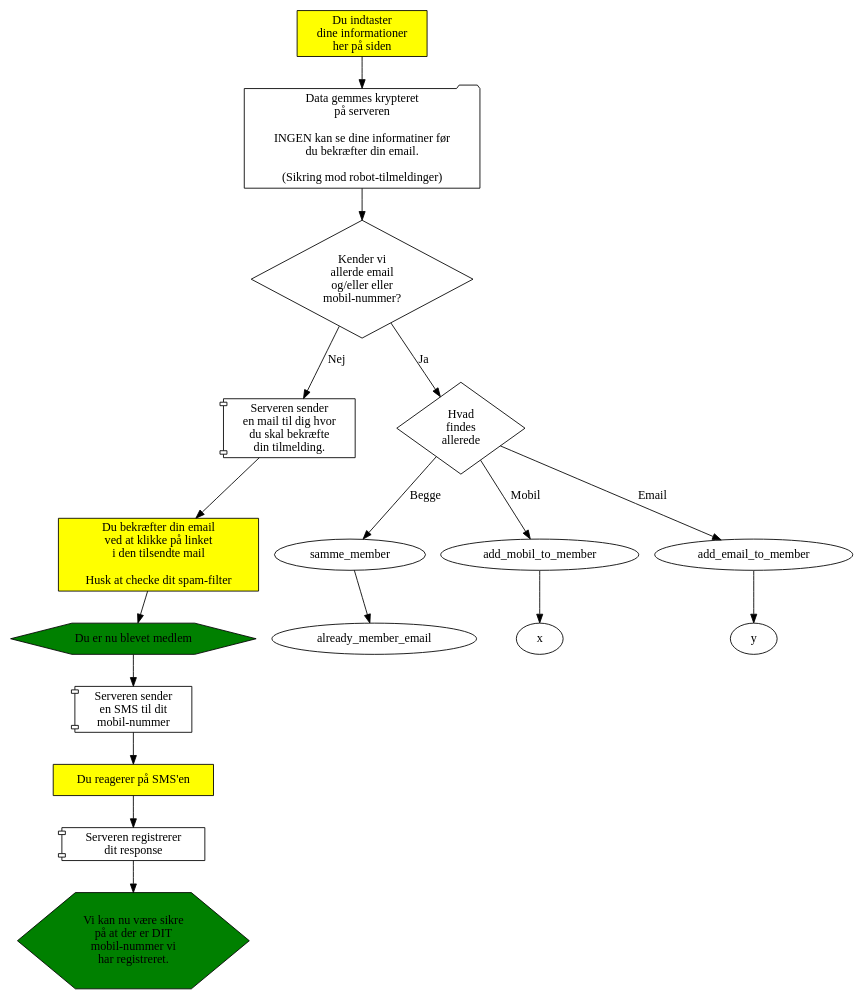
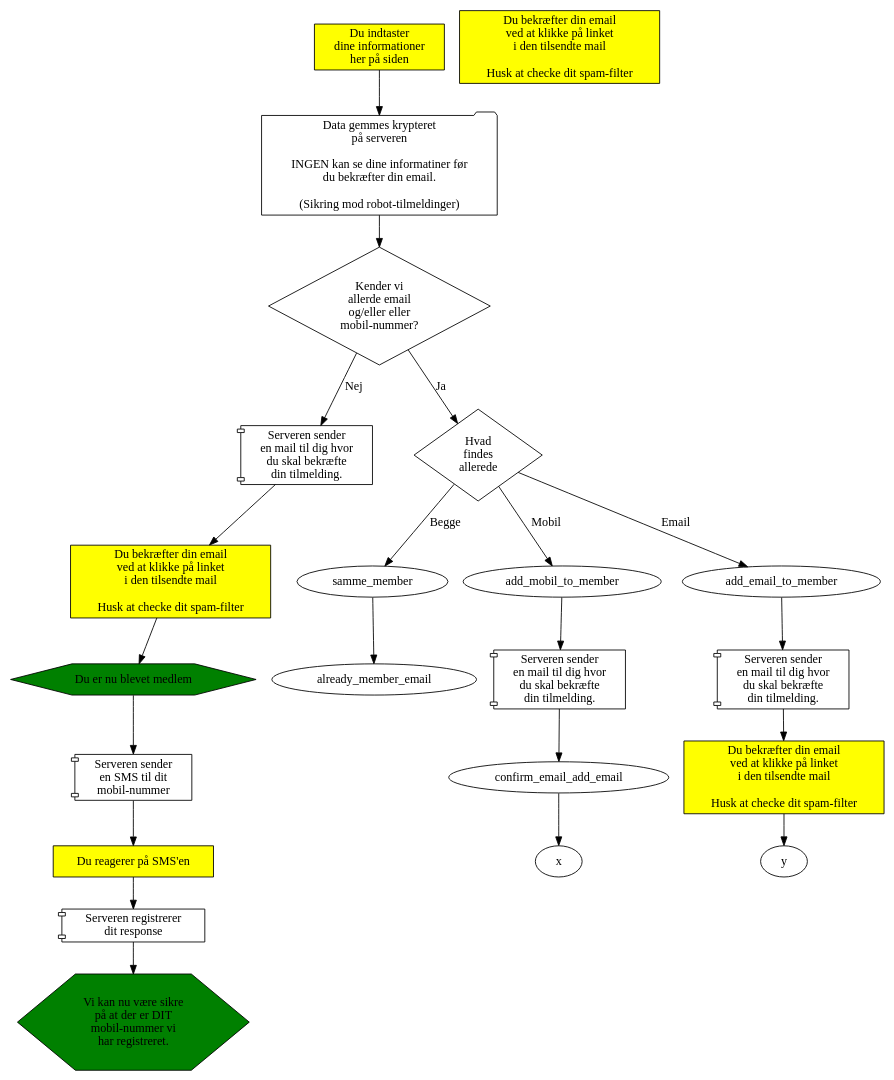
Before and after one commit to alslug/alslug.dk: the diagram in medlemskab/indmeldelse.dot, drawn with Graphviz.

```diff
--- a/medlemskab/indmeldelse.dot
+++ b/medlemskab/indmeldelse.dot
@@ -1,36 +1,46 @@
 digraph indmeldelse {
   { # Dine handlinger
     node [ shape=box style=filled fillcolor=yellow ];
     indtast                [label="Du indtaster\ndine informationer\nher på siden"];
-    confirm_email          [label="Du bekræfter din email\nved at klikke på linket\ni den tilsendte mail\n\nHusk at checke dit spam-filter"];
+    {
+      node          [label="Du bekræfter din email\nved at klikke på linket\ni den tilsendte mail\n\nHusk at checke dit spam-filter"];
+      confirm_email_nyt_medlem;
+      confirm_email_add_mail;
+      confirm_email_add_mobil;
+    }
     confirm_sms            [label="Du reagerer på SMS'en"];
   }
   send_tilmelding        [shape=folder label="Data gemmes krypteret\npå serveren\n\nINGEN kan se dine informatiner før\ndu bekræfter din email.\n\n(Sikring mod robot-tilmeldinger)"];
   { # Server-aktiviteter
     node [shape=component];
-    server_sender_ny_email [label="Serveren sender\nen mail til dig hvor\ndu skal bekræfte\ndin tilmelding."];
+    {
+      node [label="Serveren sender\nen mail til dig hvor\ndu skal bekræfte\ndin tilmelding."];
+      server_sender_emai_nyt_medlem;
+      server_sender_email_add_email;
+      server_sender_email_add_mobil;
+    }
     server_sender_sms      [label="Serveren sender\nen SMS til dit\nmobil-nummer"];
     sms_confirmed          [label="Serveren registrerer\ndit response"];
   }
   { # Results
     node [shape=hexagon   style=filled fillcolor=green ];
     du_biver_medlem  [label="Du er nu blevet medlem"];
     mobile_ok        [label="Vi kan nu være sikre\npå at der er DIT\nmobil-nummer vi\nhar registreret."]; 
   }
   { # Valg
     node [shape=diamond];
     findes_allerede        [label="Kender vi\nallerde email\nog/eller eller\nmobil-nummer?"];
     hvad_findes_allerede   [label="Hvad\nfindes\nallerede"];
   }
 
   indtast -> send_tilmelding -> findes_allerede;
-                                findes_allerede -> server_sender_ny_email [label="Nej"];
-                                                   server_sender_ny_email -> confirm_email -> du_biver_medlem -> server_sender_sms -> confirm_sms -> sms_confirmed ->mobile_ok;
+                                findes_allerede -> server_sender_emai_nyt_medlem [label="Nej"];
+                                                   server_sender_emai_nyt_medlem -> confirm_email_nyt_medlem -> du_biver_medlem -> server_sender_sms -> confirm_sms -> sms_confirmed ->mobile_ok;
                                 findes_allerede -> hvad_findes_allerede   [label="Ja"];
                                                    hvad_findes_allerede-> samme_member         [label="Begge"];
                                                                           samme_member -> already_member_email;
                                                    hvad_findes_allerede -> add_mobil_to_member [label="Mobil"];
-                                                                           add_mobil_to_member -> x;
+                                                                           add_mobil_to_member -> server_sender_email_add_email  -> confirm_email_add_email -> x;
                                                    hvad_findes_allerede -> add_email_to_member [label="Email"];
-                                                                           add_email_to_member -> y;
+                                                                           add_email_to_member -> server_sender_email_add_mobil  -> confirm_email_add_mobil -> y;
 }
```
